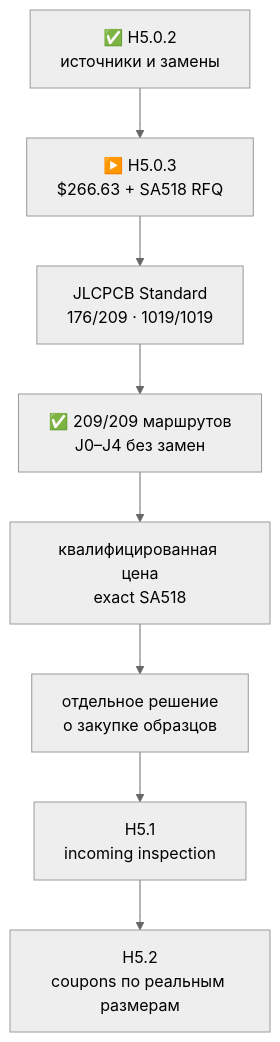
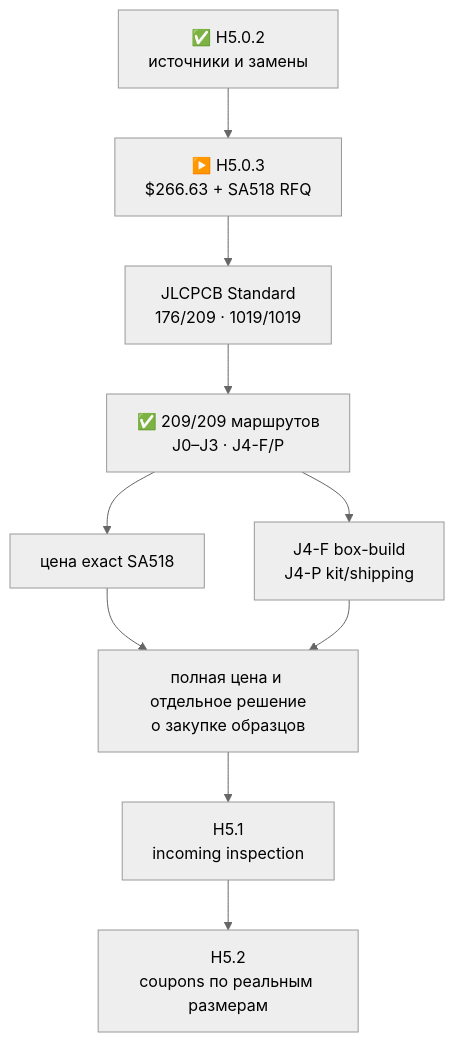
The diagram in docs/component-sample-basket.ru.md (anton-vinogradov/esp32-leshy2), drawn with Mermaid (neutral theme) before and after one commit. The commit also changed other lines of this file and 22 other files, not shown here.

````diff
--- a/docs/component-sample-basket.ru.md
+++ b/docs/component-sample-basket.ru.md
@@ -7,10 +7,12 @@
 ```mermaid
 flowchart TD
   R["✅ H5.0.2<br/>источники и замены"] --> B["▶️ H5.0.3<br/>$266.63 + SA518 RFQ"]
   B --> P["JLCPCB Standard<br/>176/209 · 1019/1019"]
-  P --> Q["✅ 209/209 маршрутов<br/>J0–J4 без замен"]
-  Q --> S["квалифицированная цена<br/>exact SA518"]
-  S --> A["отдельное решение<br/>о закупке образцов"]
+  P --> Q["✅ 209/209 маршрутов<br/>J0–J3 · J4-F/P"]
+  Q --> S["цена exact SA518"]
+  Q --> X["J4-F box-build<br/>J4-P kit/shipping"]
+  S --> A["полная цена и отдельное решение<br/>о закупке образцов"]
+  X --> A
   A --> H51["H5.1<br/>incoming inspection"]
   H51 --> H52["H5.2<br/>coupons по реальным размерам"]
 ```
````
